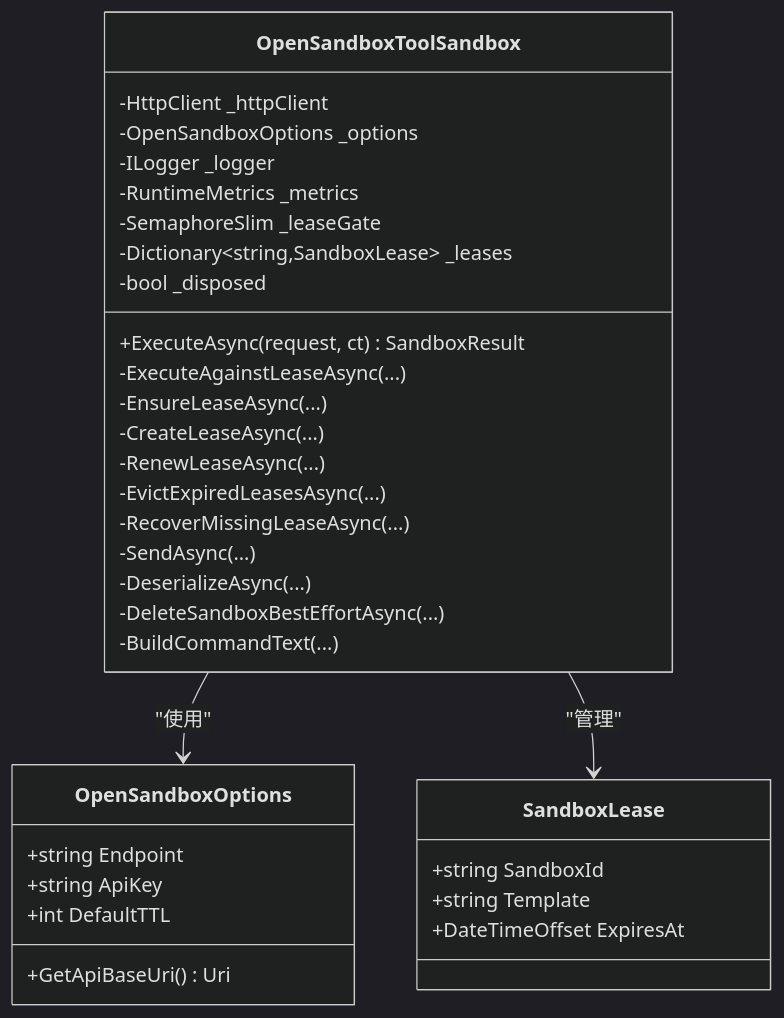
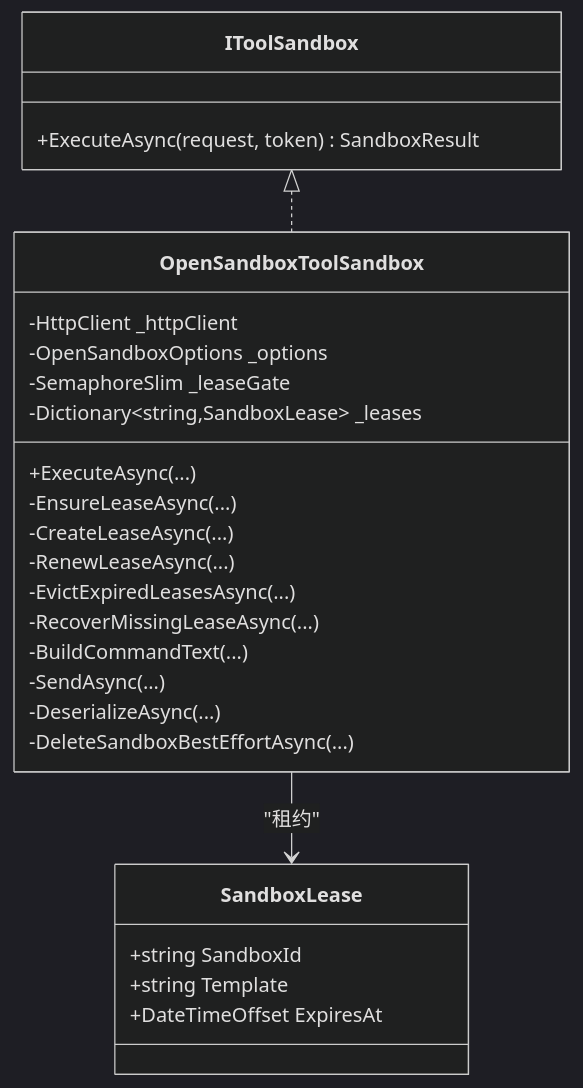
Before and after one commit to wayyet/kingcrab: the third of 6 diagrams in .qoder/repowiki/zh/content/工具系统/工具沙箱机制.md, drawn with Mermaid (dark theme). The commit also changed other lines of this file and 431 other files, not shown here.

````diff
--- a/.qoder/repowiki/zh/content/工具系统/工具沙箱机制.md
+++ b/.qoder/repowiki/zh/content/工具系统/工具沙箱机制.md
@@ -156,36 +190,29 @@
 ```mermaid
 classDiagram
+class IToolSandbox {
++ExecuteAsync(request, token) SandboxResult
+}
 class OpenSandboxToolSandbox {
 -HttpClient _httpClient
 -OpenSandboxOptions _options
--ILogger _logger
--RuntimeMetrics _metrics
 -SemaphoreSlim _leaseGate
 -Dictionary~string,SandboxLease~ _leases
--bool _disposed
-+ExecuteAsync(request, ct) SandboxResult
--ExecuteAgainstLeaseAsync(...)
++ExecuteAsync(...)
 -EnsureLeaseAsync(...)
 -CreateLeaseAsync(...)
 -RenewLeaseAsync(...)
 -EvictExpiredLeasesAsync(...)
 -RecoverMissingLeaseAsync(...)
+-BuildCommandText(...)
 -SendAsync(...)
 -DeserializeAsync(...)
 -DeleteSandboxBestEffortAsync(...)
--BuildCommandText(...)
-}
-class OpenSandboxOptions {
-+string Endpoint
-+string ApiKey
-+int DefaultTTL
-+GetApiBaseUri() Uri
 }
 class SandboxLease {
 +string SandboxId
 +string Template
 +DateTimeOffset ExpiresAt
 }
-OpenSandboxToolSandbox --> OpenSandboxOptions : "使用"
-OpenSandboxToolSandbox --> SandboxLease : "管理"
+IToolSandbox <|.. OpenSandboxToolSandbox
+OpenSandboxToolSandbox --> SandboxLease : "租约"
 ```
````
